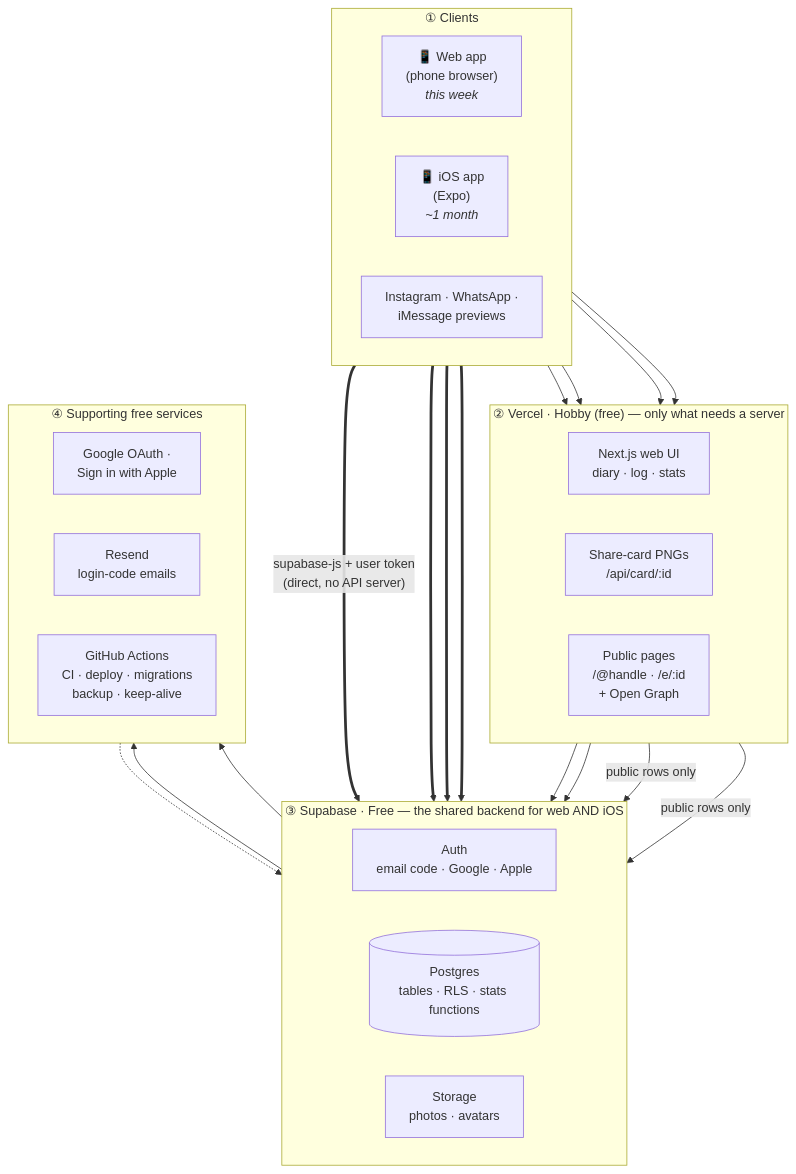
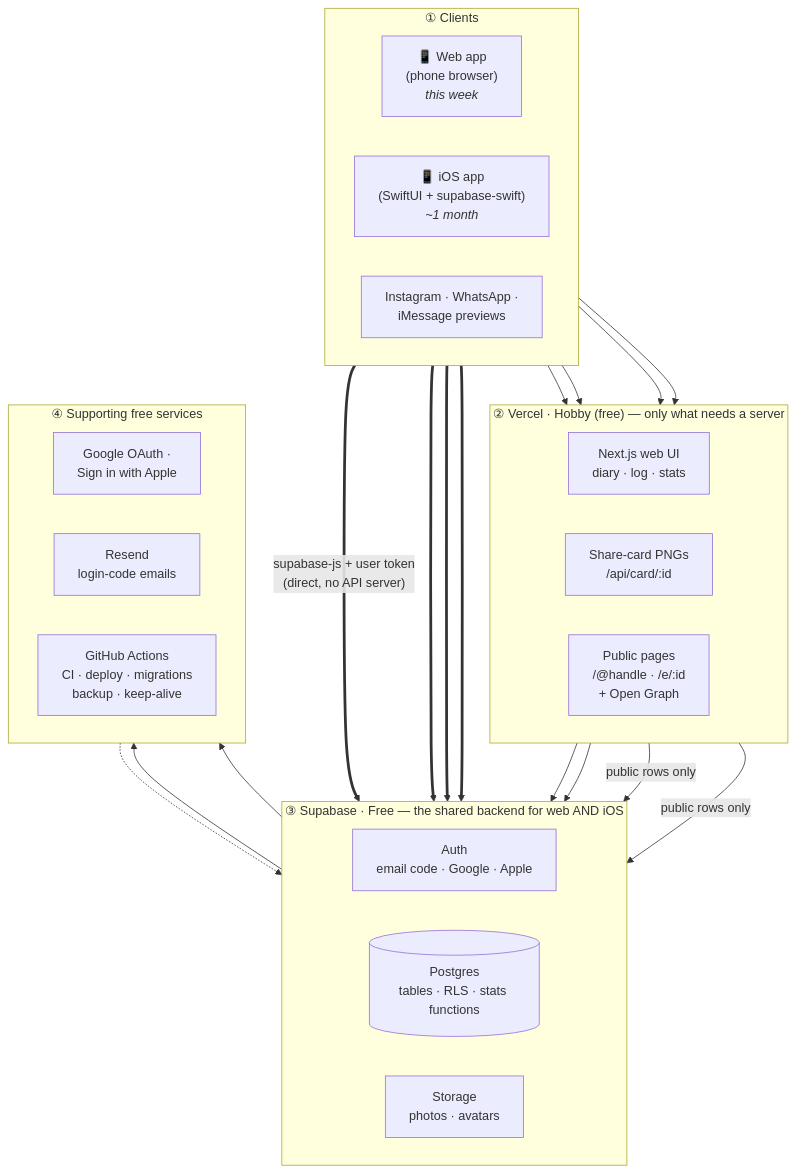
Before and after one commit to felixng/stubb: the first of 2 diagrams in docs/ARCHITECTURE.md, drawn with Mermaid. The commit also changed other lines of this file and 3 other files, not shown here.

````diff
--- a/docs/ARCHITECTURE.md
+++ b/docs/ARCHITECTURE.md
@@ -25,46 +25,46 @@
 ```mermaid
 flowchart TB
   subgraph clients["① Clients"]
     direction LR
     WEB["📱 Web app<br/>(phone browser)<br/><i>this week</i>"]
-    IOS["📱 iOS app<br/>(Expo)<br/><i>~1 month</i>"]
+    IOS["📱 iOS app<br/>(SwiftUI + supabase-swift)<br/><i>~1 month</i>"]
     SOC["Instagram · WhatsApp ·<br/>iMessage previews"]
   end
 
   subgraph vercel["② Vercel · Hobby (free) — only what needs a server"]
     direction LR
     NEXT["Next.js web UI<br/>diary · log · stats"]
     CARD["Share-card PNGs<br/>/api/card/:id"]
     PUB["Public pages<br/>/@handle · /e/:id<br/>+ Open Graph"]
   end
 
   subgraph supa["③ Supabase · Free — the shared backend for web AND iOS"]
     direction LR
     AUTH["Auth<br/>email code · Google · Apple"]
     DB[("Postgres<br/>tables · RLS · stats functions")]
     STORE["Storage<br/>photos · avatars"]
   end
 
   subgraph ext["④ Supporting free services"]
     direction LR
     IDP["Google OAuth ·<br/>Sign in with Apple"]
     RESEND["Resend<br/>login-code emails"]
     GH["GitHub Actions<br/>CI · deploy · migrations<br/>backup · keep-alive"]
   end
 
   WEB --> NEXT
   WEB --> CARD
   IOS --> CARD
   SOC --> PUB
   NEXT --> AUTH
   NEXT --> DB
   CARD -->|"public rows only"| DB
   PUB -->|"public rows only"| DB
   IOS ==>|"supabase-js + user token<br/>(direct, no API server)"| DB
   IOS ==> AUTH
   IOS ==> STORE
   WEB ==> STORE
   AUTH --> IDP
   AUTH --> RESEND
   GH -.-> DB
 ```
````
